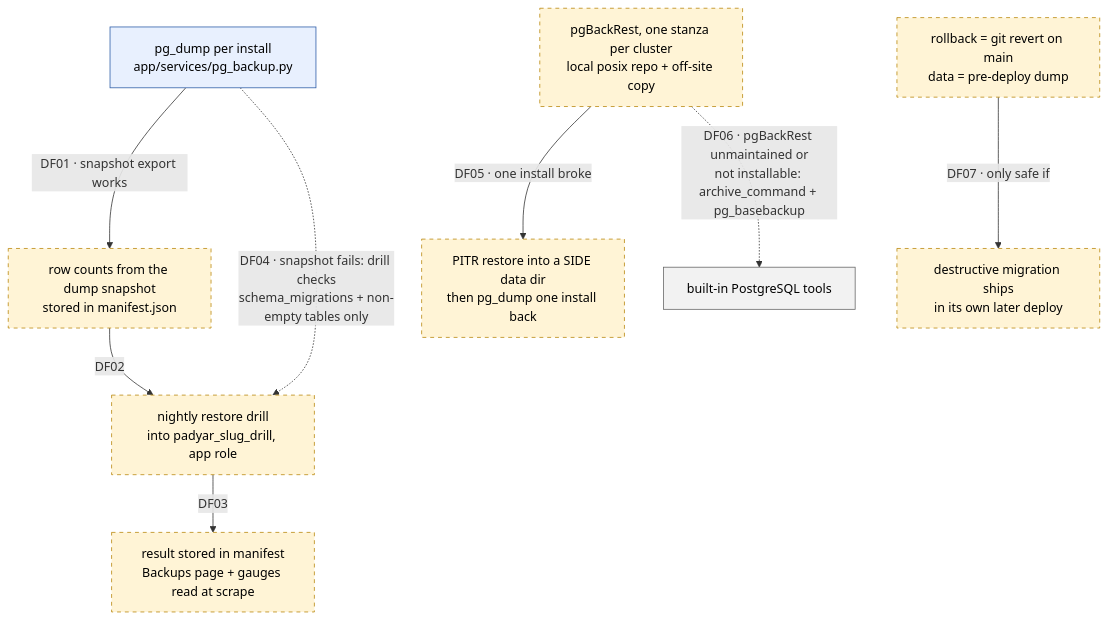
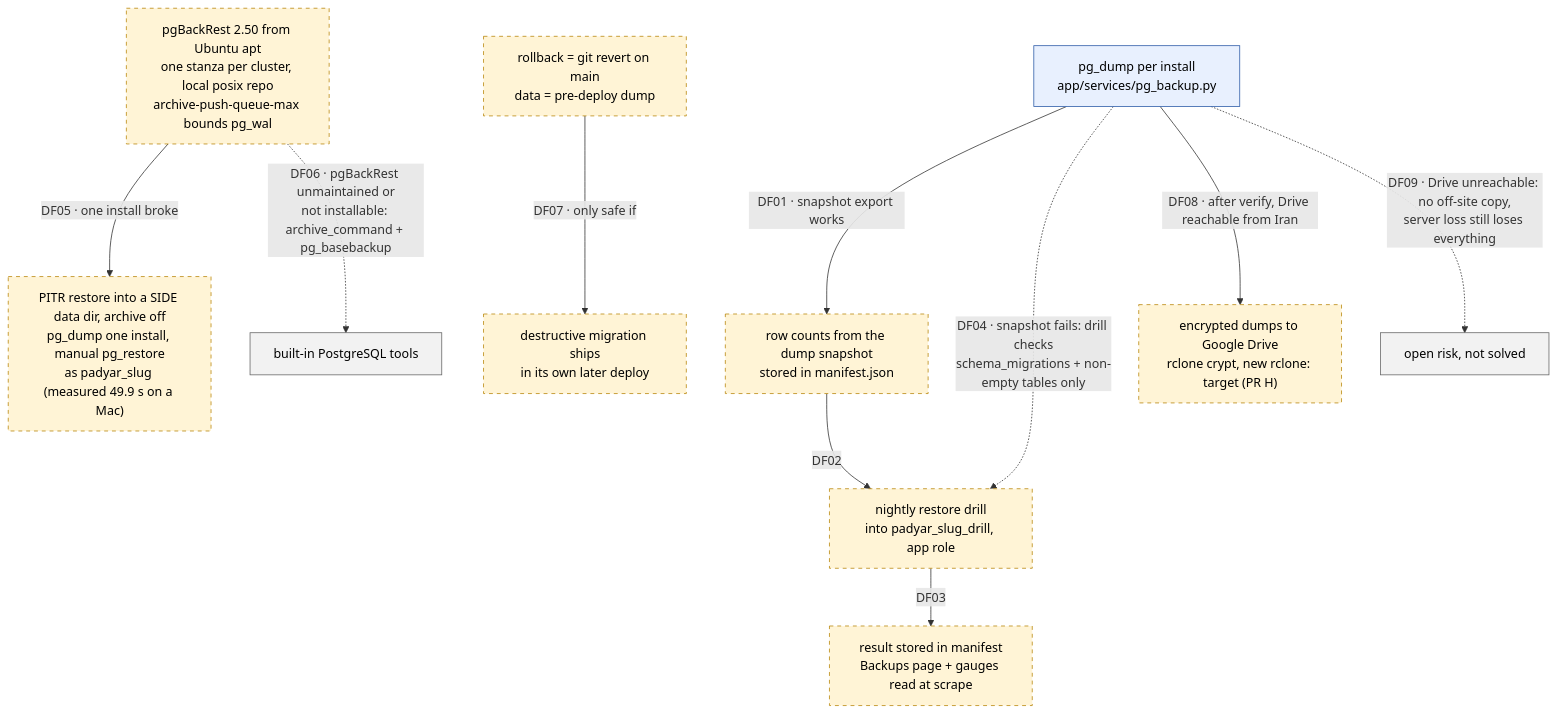
One commit to Kohandezh/PadyarAIChatBot changed the diagram in docs/features/db-maturity/RESEARCH.md. Above: the diagram before and after it, drawn with Mermaid. The commit also changed other lines of this file and 3 other files, not shown here.

````diff
--- a/docs/features/db-maturity/RESEARCH.md
+++ b/docs/features/db-maturity/RESEARCH.md
@@ -371,25 +537,29 @@
 ```mermaid
 flowchart TB
     classDef proposed fill:#fff4d6,stroke:#b8860b,stroke-dasharray:5 5,color:#000
     classDef shipped fill:#e8f0fe,stroke:#2d5ca7,color:#000
     classDef fallback fill:#f2f2f2,stroke:#666,color:#000
 
     DUMP["pg_dump per install<br/>app/services/pg_backup.py"]:::shipped
     SNAP["row counts from the dump snapshot<br/>stored in manifest.json"]:::proposed
     DRILL["nightly restore drill<br/>into padyar_slug_drill, app role"]:::proposed
     SHOW["result stored in manifest<br/>Backups page + gauges read at scrape"]:::proposed
-    PITR["pgBackRest, one stanza per cluster<br/>local posix repo + off-site copy"]:::proposed
-    SIDE["PITR restore into a SIDE data dir<br/>then pg_dump one install back"]:::proposed
+    PITR["pgBackRest 2.50 from Ubuntu apt<br/>one stanza per cluster, local posix repo<br/>archive-push-queue-max bounds pg_wal"]:::proposed
+    SIDE["PITR restore into a SIDE data dir, archive off<br/>pg_dump one install, manual pg_restore<br/>as padyar_slug (measured 49.9 s on a Mac)"]:::proposed
+    OFF["encrypted dumps to Google Drive<br/>rclone crypt, new rclone: target (PR H)"]:::proposed
     ROLL["rollback = git revert on main<br/>data = pre-deploy dump"]:::proposed
     EC["destructive migration ships<br/>in its own later deploy"]:::proposed
 
     DUMP -->|"DF01 · snapshot export works"| SNAP
     SNAP -->|"DF02"| DRILL
     DRILL -->|"DF03"| SHOW
     DUMP -.->|"DF04 · snapshot fails: drill checks<br/>schema_migrations + non-empty tables only"| DRILL
 
     PITR -->|"DF05 · one install broke"| SIDE
     PITR -.->|"DF06 · pgBackRest unmaintained or<br/>not installable: archive_command + pg_basebackup"| FB["built-in PostgreSQL tools"]:::fallback
 
     ROLL -->|"DF07 · only safe if"| EC
+
+    DUMP -->|"DF08 · after verify, Drive reachable from Iran"| OFF
+    DUMP -.->|"DF09 · Drive unreachable: no off-site copy,<br/>server loss still loses everything"| NOOFF["open risk, not solved"]:::fallback
 ```
````
